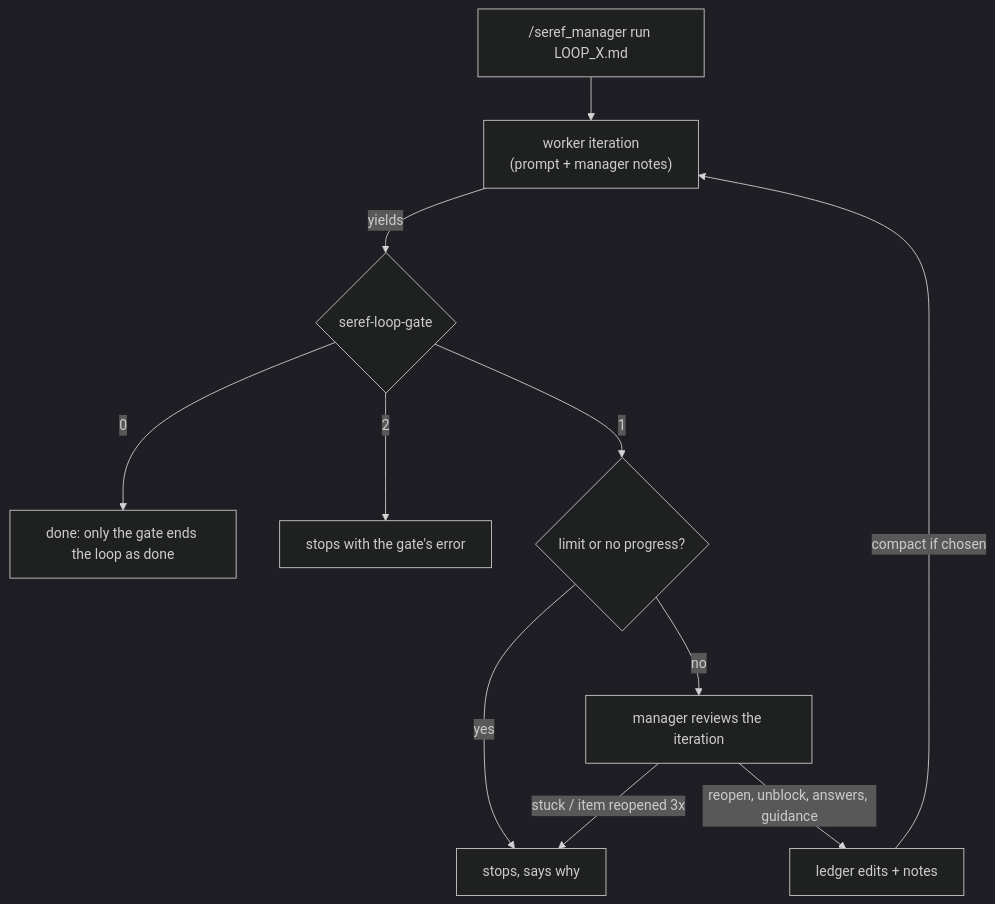
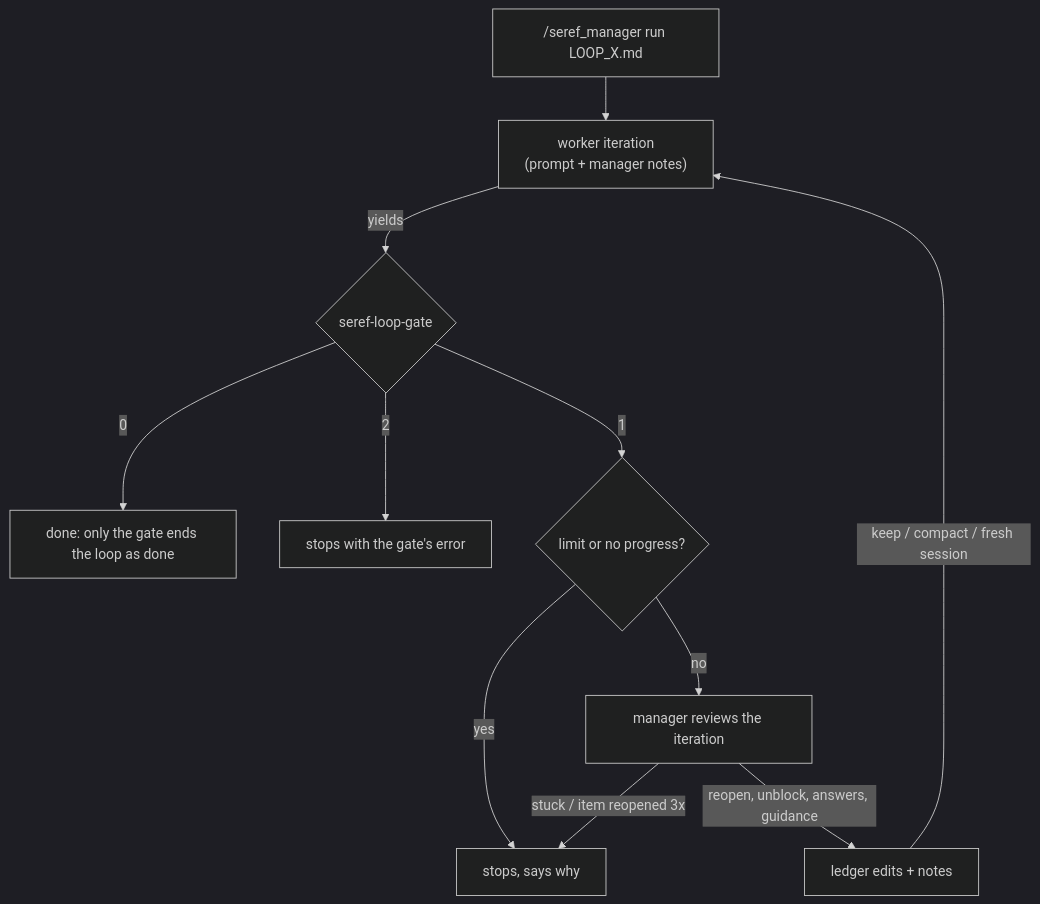
The diagram in seref_manager/README.md (seros-cimenstein/omp-agent-tools), drawn with Mermaid (dark theme) before and after one commit. The commit also changed other lines of this file and 7 other files, not shown here.

Commit message:
Persist loop state across restarts, fresh-session iterations, native ask rendering, seref_manager model role

````diff
--- a/seref_manager/README.md
+++ b/seref_manager/README.md
@@ -14,13 +15,13 @@
 ```mermaid
 flowchart TD
   R["/seref_manager run LOOP_X.md"] --> W["worker iteration<br/>(prompt + manager notes)"]
   W -->|"yields"| G{"seref-loop-gate"}
   G -->|"0"| D["done: only the gate ends the loop as done"]
   G -->|"2"| E["stops with the gate's error"]
   G -->|"1"| S{"limit or no progress?"}
   S -->|"yes"| X["stops, says why"]
   S -->|"no"| M["manager reviews the iteration"]
   M -->|"stuck / item reopened 3x"| X
   M -->|"reopen, unblock, answers, guidance"| L["ledger edits + notes"]
-  L -->|"compact if chosen"| W
+  L -->|"keep / compact / fresh session"| W
 ```
````
